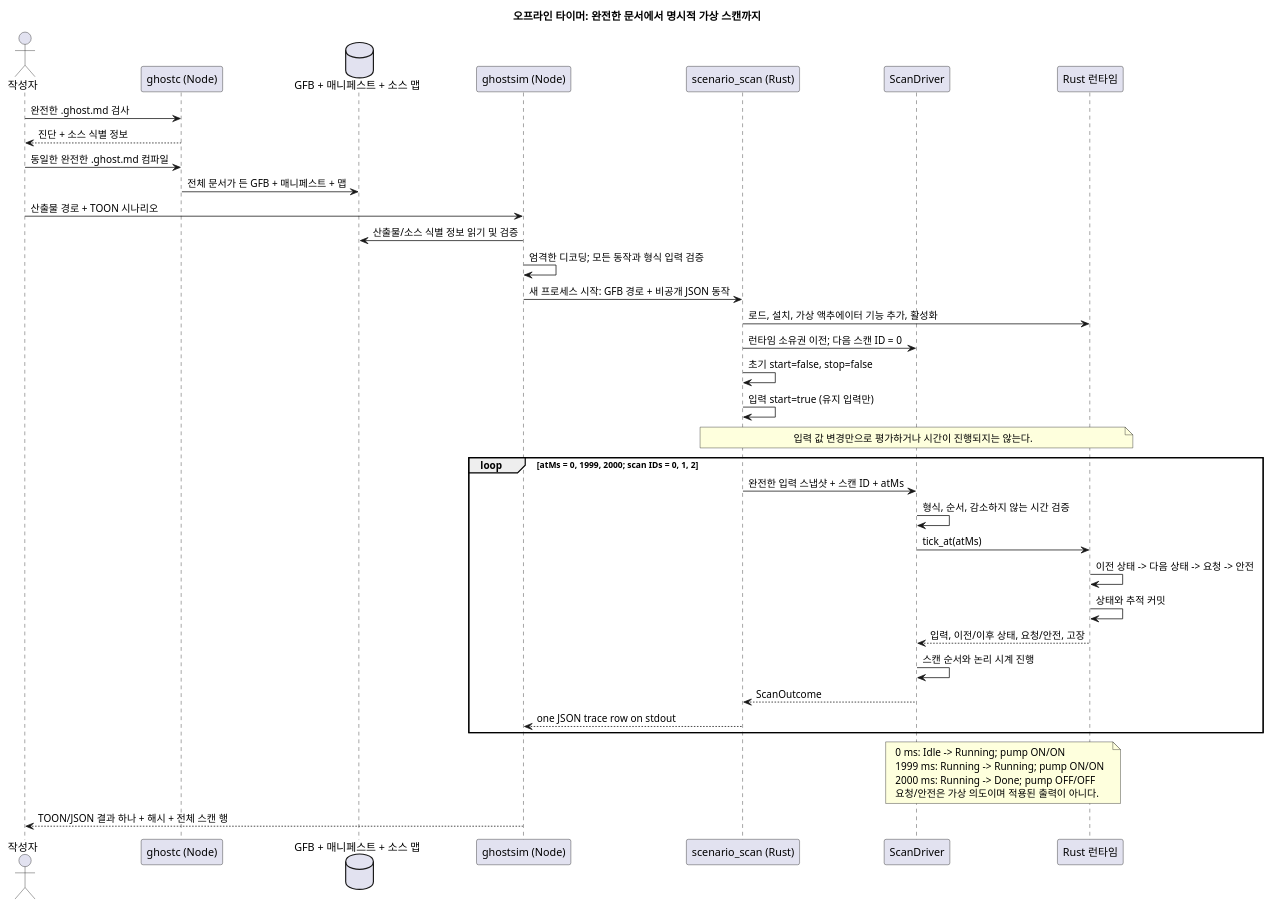
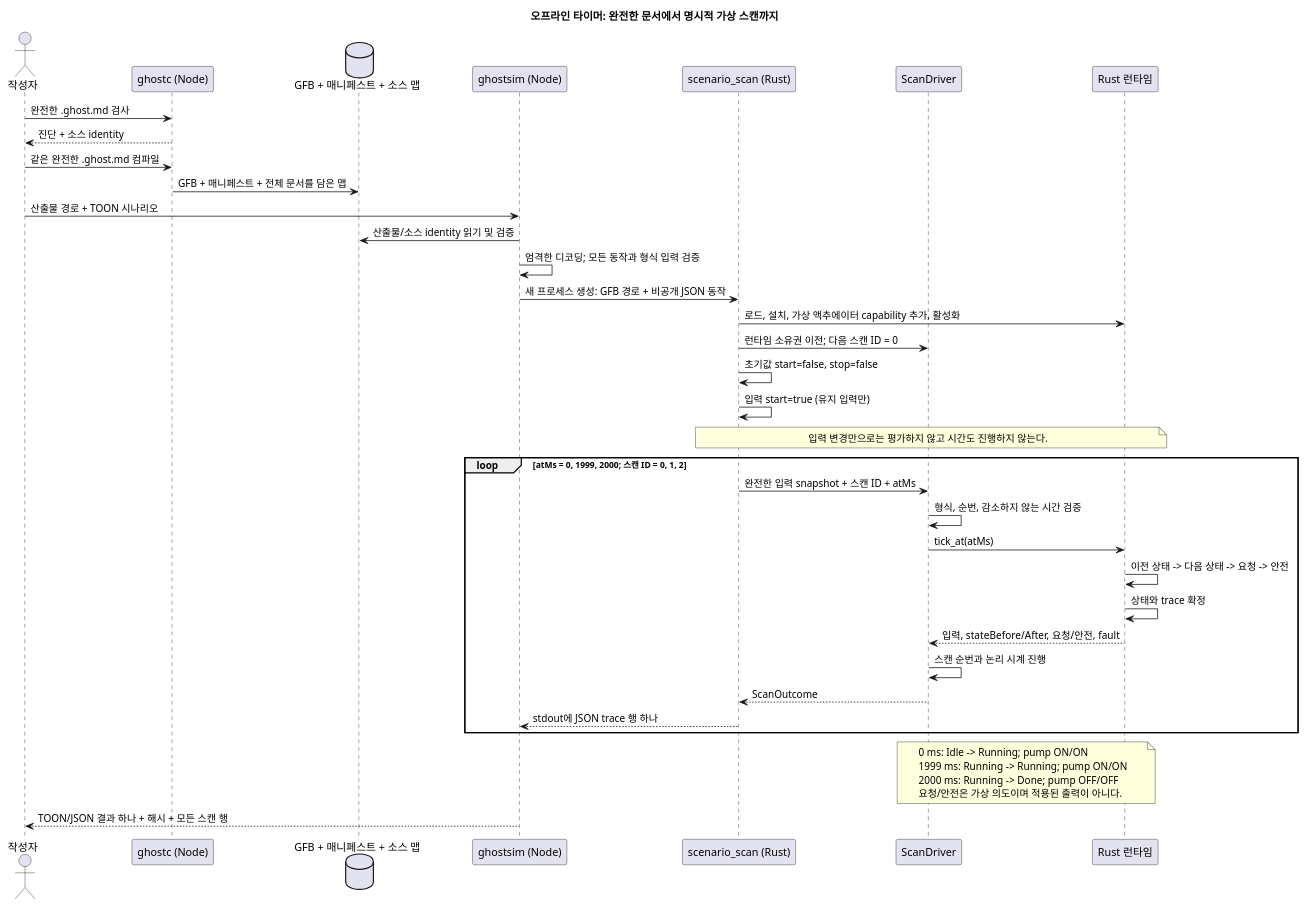
One commit to callin2/ghostflow-language changed the second of 4 diagrams in docs/LLM-TOOLCHAIN-ARCHITECTURE.ko.md. Above: the diagram before and after it, drawn with PlantUML. The commit also changed other lines of this file and 2455 other files, not shown here.

Commit message:
docs: recover Copilot rewrites, multilingual guides and diagram tooling (#614)

````diff
--- a/docs/LLM-TOOLCHAIN-ARCHITECTURE.ko.md
+++ b/docs/LLM-TOOLCHAIN-ARCHITECTURE.ko.md
@@ -147,43 +219,43 @@
 ```plantuml
 @startuml
 title 오프라인 타이머: 완전한 문서에서 명시적 가상 스캔까지
 actor 작성자 as Author
 participant "ghostc (Node)" as Compiler
 database "GFB + 매니페스트 + 소스 맵" as Files
 participant "ghostsim (Node)" as Host
 participant "scenario_scan (Rust)" as Runner
 participant "ScanDriver" as Scan
 participant "Rust 런타임" as Core
 Author -> Compiler: 완전한 .ghost.md 검사
-Compiler --> Author: 진단 + 소스 식별 정보
-Author -> Compiler: 동일한 완전한 .ghost.md 컴파일
-Compiler -> Files: 전체 문서가 든 GFB + 매니페스트 + 맵
+Compiler --> Author: 진단 + 소스 identity
+Author -> Compiler: 같은 완전한 .ghost.md 컴파일
+Compiler -> Files: GFB + 매니페스트 + 전체 문서를 담은 맵
 Author -> Host: 산출물 경로 + TOON 시나리오
-Host -> Files: 산출물/소스 식별 정보 읽기 및 검증
+Host -> Files: 산출물/소스 identity 읽기 및 검증
 Host -> Host: 엄격한 디코딩; 모든 동작과 형식 입력 검증
-Host -> Runner: 새 프로세스 시작: GFB 경로 + 비공개 JSON 동작
-Runner -> Core: 로드, 설치, 가상 액추에이터 기능 추가, 활성화
+Host -> Runner: 새 프로세스 생성: GFB 경로 + 비공개 JSON 동작
+Runner -> Core: 로드, 설치, 가상 액추에이터 capability 추가, 활성화
 Runner -> Scan: 런타임 소유권 이전; 다음 스캔 ID = 0
-Runner -> Runner: 초기 start=false, stop=false
+Runner -> Runner: 초기값 start=false, stop=false
 Runner -> Runner: 입력 start=true (유지 입력만)
-note over Runner,Core: 입력 값 변경만으로 평가하거나 시간이 진행되지는 않는다.
-loop atMs = 0, 1999, 2000; scan IDs = 0, 1, 2
-  Runner -> Scan: 완전한 입력 스냅샷 + 스캔 ID + atMs
-  Scan -> Scan: 형식, 순서, 감소하지 않는 시간 검증
+note over Runner,Core: 입력 변경만으로는 평가하지 않고 시간도 진행하지 않는다.
+loop atMs = 0, 1999, 2000; 스캔 ID = 0, 1, 2
+  Runner -> Scan: 완전한 입력 snapshot + 스캔 ID + atMs
+  Scan -> Scan: 형식, 순번, 감소하지 않는 시간 검증
   Scan -> Core: tick_at(atMs)
   Core -> Core: 이전 상태 -> 다음 상태 -> 요청 -> 안전
-  Core -> Core: 상태와 추적 커밋
-  Core --> Scan: 입력, 이전/이후 상태, 요청/안전, 고장
-  Scan -> Scan: 스캔 순서와 논리 시계 진행
+  Core -> Core: 상태와 trace 확정
+  Core --> Scan: 입력, stateBefore/After, 요청/안전, fault
+  Scan -> Scan: 스캔 순번과 논리 시계 진행
   Scan --> Runner: ScanOutcome
-  Runner --> Host: one JSON trace row on stdout
+  Runner --> Host: stdout에 JSON trace 행 하나
 end
 note over Scan,Core
   0 ms: Idle -> Running; pump ON/ON
   1999 ms: Running -> Running; pump ON/ON
   2000 ms: Running -> Done; pump OFF/OFF
   요청/안전은 가상 의도이며 적용된 출력이 아니다.
 end note
-Host --> Author: TOON/JSON 결과 하나 + 해시 + 전체 스캔 행
+Host --> Author: TOON/JSON 결과 하나 + 해시 + 모든 스캔 행
 @enduml
 ```
````
